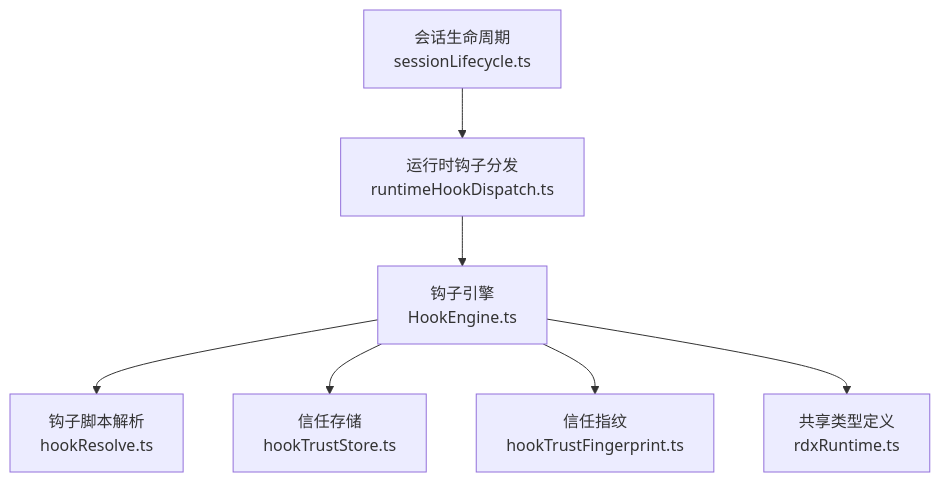
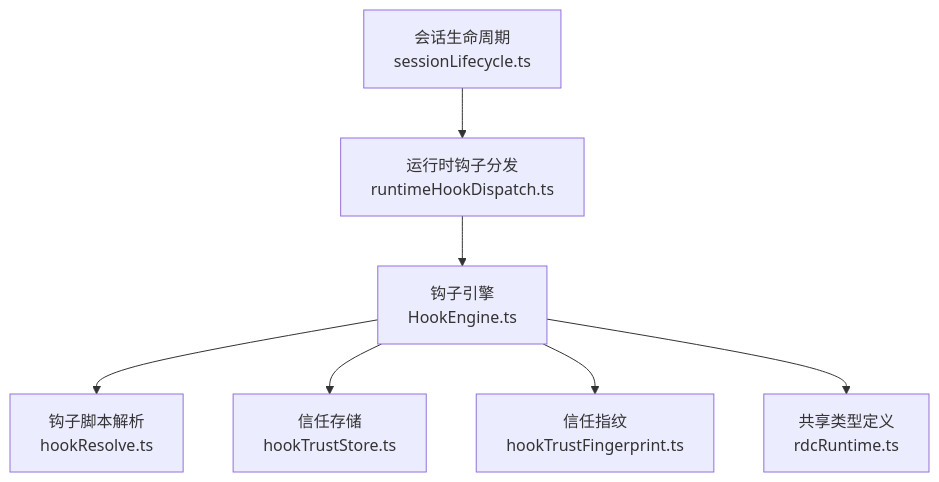
The first of 7 diagrams in .qoder/repowiki/zh/content/架构设计/核心组件设计/钩子系统设计/会话生命周期集成.md (haolange/RDC-Agent), drawn with Mermaid before and after one commit. The commit also changed other lines of this file and 557 other files, not shown here.

````diff
--- a/.qoder/repowiki/zh/content/架构设计/核心组件设计/钩子系统设计/会话生命周期集成.md
+++ b/.qoder/repowiki/zh/content/架构设计/核心组件设计/钩子系统设计/会话生命周期集成.md
@@ -40,9 +40,9 @@
 ```mermaid
 graph TB
 A["会话生命周期<br/>sessionLifecycle.ts"] --> B["运行时钩子分发<br/>runtimeHookDispatch.ts"]
 B --> C["钩子引擎<br/>HookEngine.ts"]
 C --> D["钩子脚本解析<br/>hookResolve.ts"]
 C --> E["信任存储<br/>hookTrustStore.ts"]
 C --> F["信任指纹<br/>hookTrustFingerprint.ts"]
-C --> G["共享类型定义<br/>rdxRuntime.ts"]
+C --> G["共享类型定义<br/>rdcRuntime.ts"]
 ```
````
